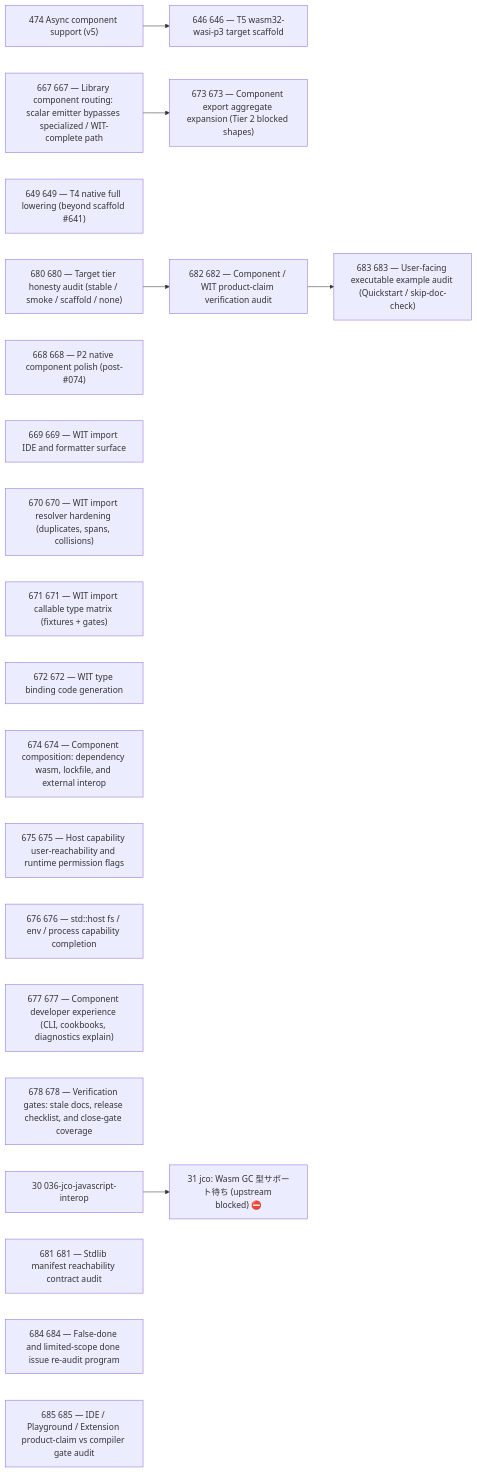
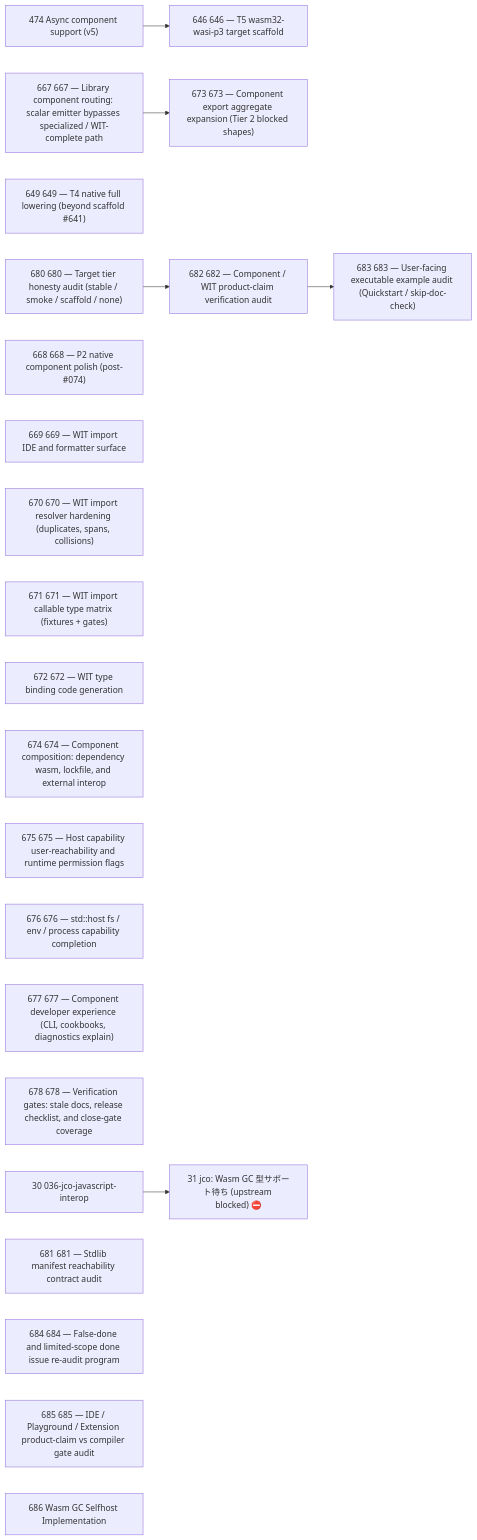
The diagram in issues/open/dependency-graph.md (wogikaze/arukellt), drawn with Mermaid before and after one commit. The commit also changed other lines of this file and 7 other files, not shown here.

````diff
--- a/issues/open/dependency-graph.md
+++ b/issues/open/dependency-graph.md
@@ -7,31 +7,32 @@
 ```mermaid
 graph LR
   I30["30 036-jco-javascript-interop"]
   I474["474 Async component support (v5)"]
   I649["649 649 — T4 native full lowering (beyond scaffold #641)"]
   I667["667 667 — Library component routing: scalar emitter bypasses specialized / WIT-complete path"]
   I668["668 668 — P2 native component polish (post-#074)"]
   I669["669 669 — WIT import IDE and formatter surface"]
   I670["670 670 — WIT import resolver hardening (duplicates, spans, collisions)"]
   I671["671 671 — WIT import callable type matrix (fixtures + gates)"]
   I672["672 672 — WIT type binding code generation"]
   I674["674 674 — Component composition: dependency wasm, lockfile, and external interop"]
   I675["675 675 — Host capability user-reachability and runtime permission flags"]
   I676["676 676 — std::host fs / env / process capability completion"]
   I677["677 677 — Component developer experience (CLI, cookbooks, diagnostics explain)"]
   I678["678 678 — Verification gates: stale docs, release checklist, and close-gate coverage"]
   I680["680 680 — Target tier honesty audit (stable / smoke / scaffold / none)"]
   I681["681 681 — Stdlib manifest reachability contract audit"]
   I684["684 684 — False-done and limited-scope done issue re-audit program"]
   I685["685 685 — IDE / Playground / Extension product-claim vs compiler gate audit"]
+  I686["686 Wasm GC Selfhost Implementation"]
   I646["646 646 — T5 wasm32-wasi-p3 target scaffold"]
   I673["673 673 — Component export aggregate expansion (Tier 2 blocked shapes)"]
   I682["682 682 — Component / WIT product-claim verification audit"]
   I683["683 683 — User-facing executable example audit (Quickstart / skip-doc-check)"]
   I31["31 jco: Wasm GC 型サポート待ち (upstream blocked) ⛔"]
   I474 --> I646
   I667 --> I673
   I680 --> I682
   I682 --> I683
   I30 --> I31
 ```
````
